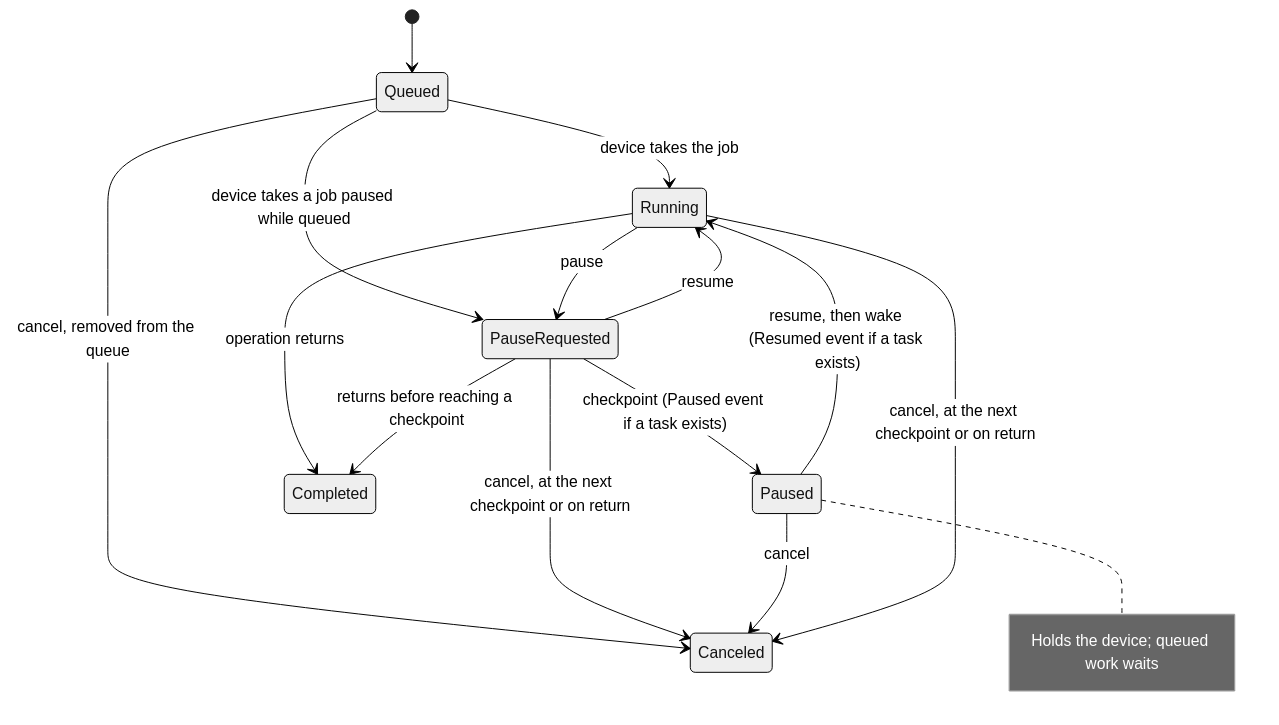
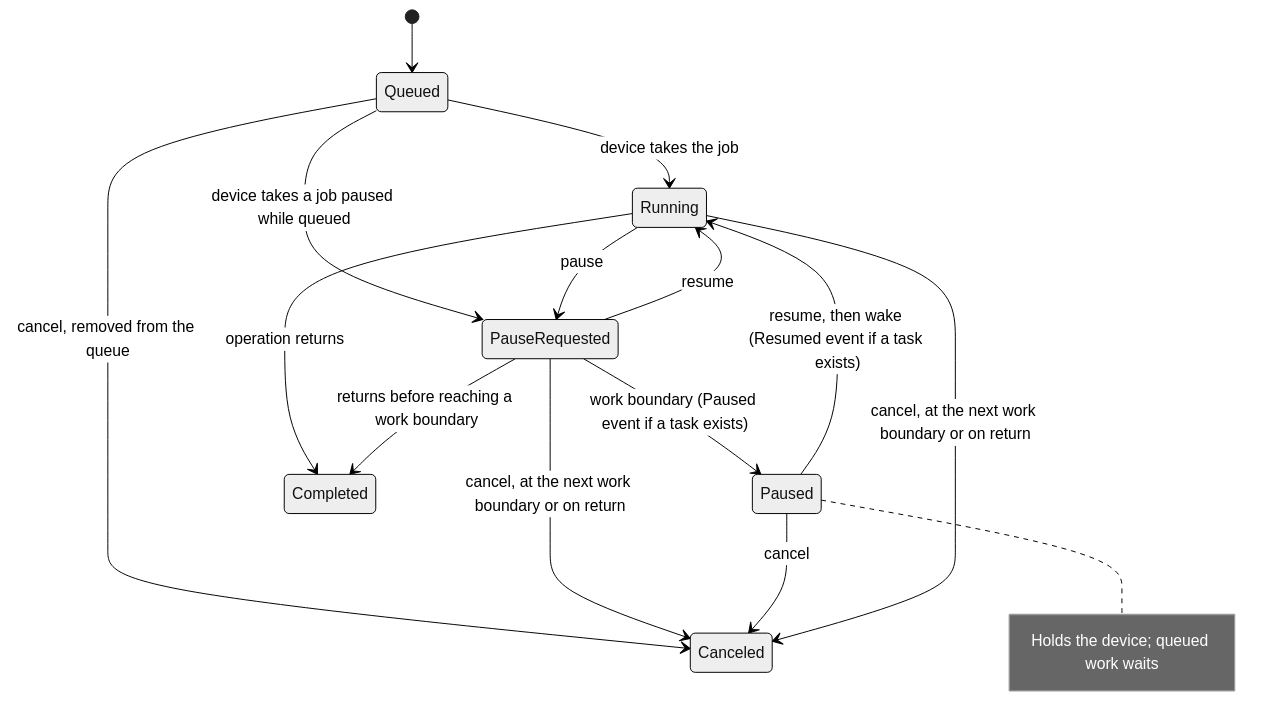
Before and after one commit to tristanmanchester/tomojax: the second of 6 diagrams in studio/STATECHART.md, drawn with Mermaid (neutral theme). The commit also changed other lines of this file and 33 other files, not shown here.

First line of the commit message:
Call pause and cancel points work boundaries, leaving checkpoint for saved state

````diff
--- a/studio/STATECHART.md
+++ b/studio/STATECHART.md
@@ -70,19 +70,19 @@
 ```mermaid
 stateDiagram-v2
     [*] --> Queued
     Queued --> Running: device takes the job
     Queued --> PauseRequested: device takes a job paused while queued
     Queued --> Canceled: cancel, removed from the queue
     Running --> PauseRequested: pause
     PauseRequested --> Running: resume
-    PauseRequested --> Canceled: cancel, at the next checkpoint or on return
-    PauseRequested --> Paused: checkpoint (Paused event if a task exists)
+    PauseRequested --> Canceled: cancel, at the next work boundary or on return
+    PauseRequested --> Paused: work boundary (Paused event if a task exists)
     Paused --> Running: resume, then wake (Resumed event if a task exists)
     Paused --> Canceled: cancel
     Running --> Completed: operation returns
-    PauseRequested --> Completed: returns before reaching a checkpoint
-    Running --> Canceled: cancel, at the next checkpoint or on return
+    PauseRequested --> Completed: returns before reaching a work boundary
+    Running --> Canceled: cancel, at the next work boundary or on return
     note right of Paused
         Holds the device; queued work waits
     end note
 ```
````
